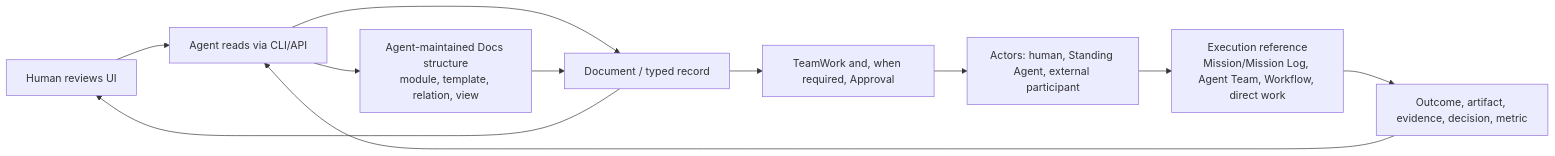
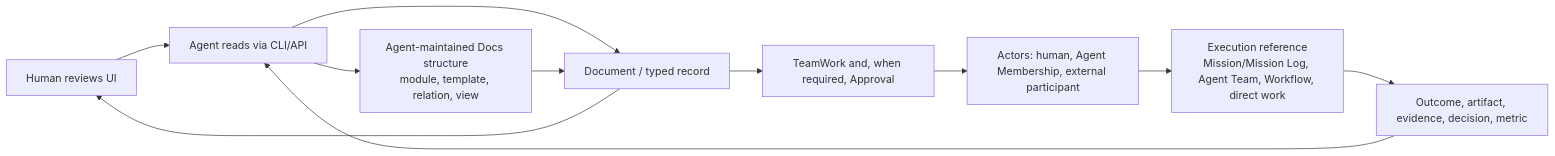
Before and after one commit to cyl19970726/multi-agent-harness: the diagram in docs/current/company-os/document-system.md, drawn with Mermaid. The commit also changed 120 other files, not shown here.

````diff
--- a/docs/current/company-os/document-system.md
+++ b/docs/current/company-os/document-system.md
@@ -89,13 +89,13 @@
 ```mermaid
 flowchart LR
   U["Human reviews UI"] --> C["Agent reads via CLI/API"]
   C --> D["Document / typed record"]
   D --> W["TeamWork and, when required, Approval"]
-  W --> A["Actors: human, Standing Agent, external participant"]
+  W --> A["Actors: human, Agent Membership, external participant"]
   A --> E["Execution reference\nMission/Mission Log, Agent Team, Workflow, direct work"]
   E --> R["Outcome, artifact, evidence, decision, metric"]
   R --> C
   C --> M["Agent-maintained Docs structure\nmodule, template, relation, view"]
   M --> D
   D --> U
 ```
````
